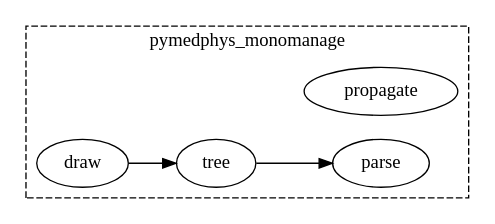
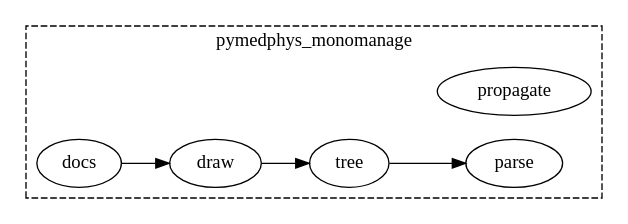
The diagram in docs/graphs/pymedphys_monomanage.dot (pymedphys/pymedphys), drawn with Graphviz before and after one commit. The commit also changed 3 other files, not shown here.

```diff
--- a/docs/graphs/pymedphys_monomanage.dot
+++ b/docs/graphs/pymedphys_monomanage.dot
@@ -1,28 +1,34 @@
 strict digraph {
 	graph [rankdir=LR];
 	subgraph cluster_0 {
 		graph [URL="#pymedphys-monomanage",
 			label=pymedphys_monomanage,
 			style=dashed
 		];
 		{
 			graph [rank=same];
 			"pymedphys_monomanage.parse"			 [URL="#pymedphys-monomanage-parse",
 				label=parse];
 			"pymedphys_monomanage.propagate"			 [URL="#pymedphys-monomanage-propagate",
 				label=propagate];
 		}
 		{
 			graph [rank=same];
 			"pymedphys_monomanage.tree"			 [URL="#pymedphys-monomanage-tree",
 				label=tree];
 		}
 		{
 			graph [rank=same];
 			"pymedphys_monomanage.draw"			 [URL="#pymedphys-monomanage-draw",
 				label=draw];
 		}
+		{
+			graph [rank=same];
+			"pymedphys_monomanage.docs"			 [URL="#pymedphys-monomanage-docs",
+				label=docs];
+		}
 	}
+	"pymedphys_monomanage.docs" -> "pymedphys_monomanage.draw";
 	"pymedphys_monomanage.draw" -> "pymedphys_monomanage.tree";
 	"pymedphys_monomanage.tree" -> "pymedphys_monomanage.parse";
 }
```
